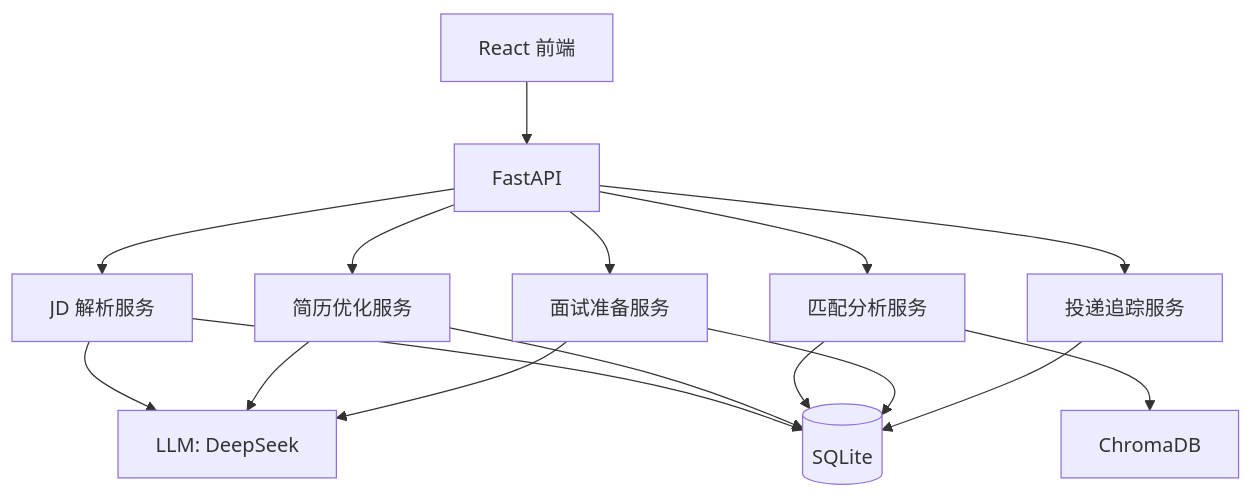
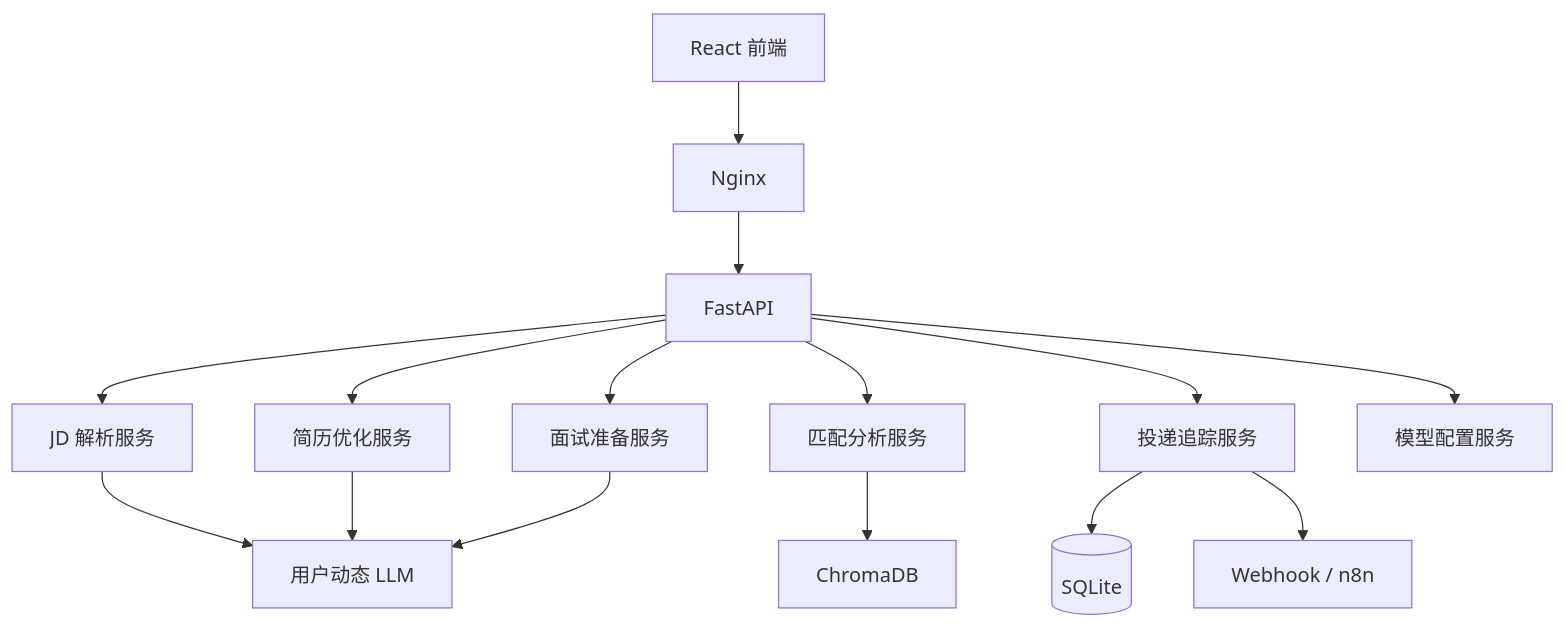
The diagram in README.md (wang1747/Job-Application-System), drawn with Mermaid before and after one commit. The commit also changed other lines of this file and 30 other files, not shown here.

````diff
--- a/README.md
+++ b/README.md
@@ -69,18 +44,17 @@
 ```mermaid
 graph TB
-    UI[React 前端] --> API[FastAPI]
+    UI[React 前端] --> Nginx[Nginx]
+    Nginx --> API[FastAPI]
     API --> JD[JD 解析服务]
     API --> MATCH[匹配分析服务]
     API --> RESUME[简历优化服务]
     API --> INTERVIEW[面试准备服务]
     API --> TRACK[投递追踪服务]
-    JD --> LLM[LLM: DeepSeek]
+    API --> MODEL[模型配置服务]
+    JD --> LLM[用户动态 LLM]
     RESUME --> LLM
     INTERVIEW --> LLM
     MATCH --> CHROMA[ChromaDB]
-    JD --> DB[(SQLite)]
-    RESUME --> DB
-    MATCH --> DB
-    INTERVIEW --> DB
-    TRACK --> DB
+    TRACK --> DB[(SQLite)]
+    TRACK --> WEBHOOK[Webhook / n8n]
 ```
````
